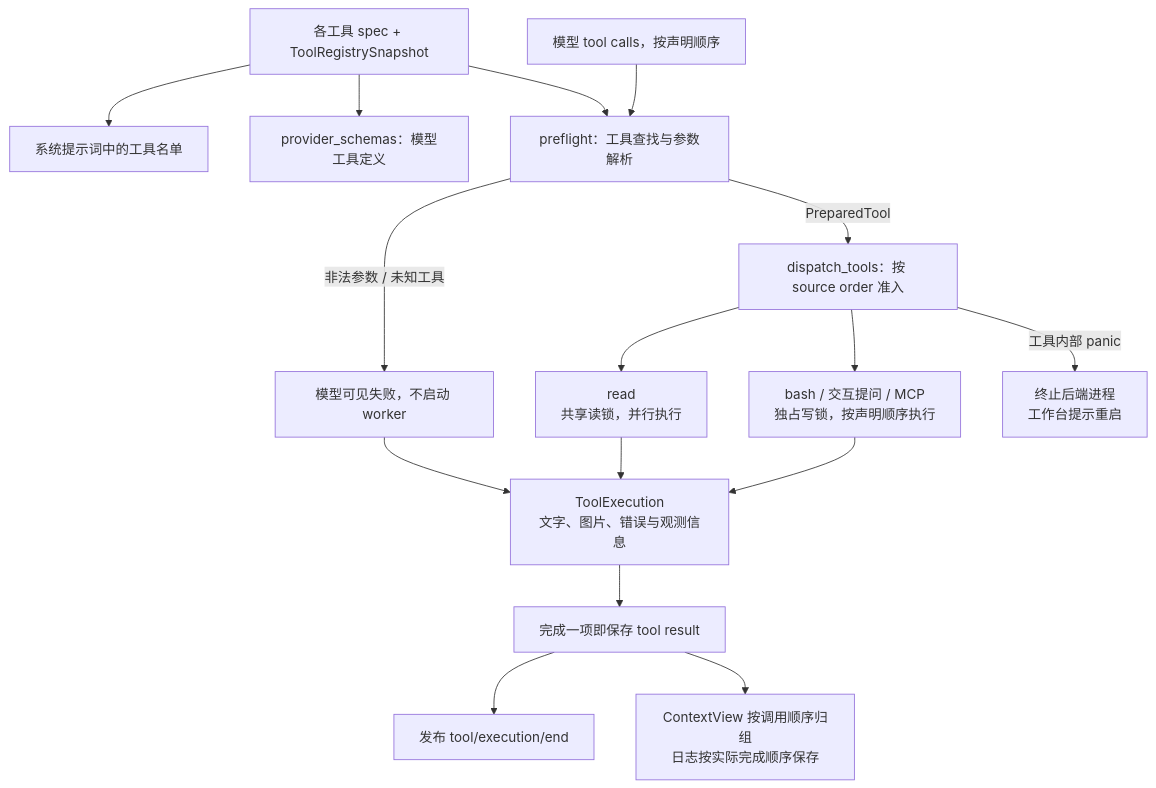
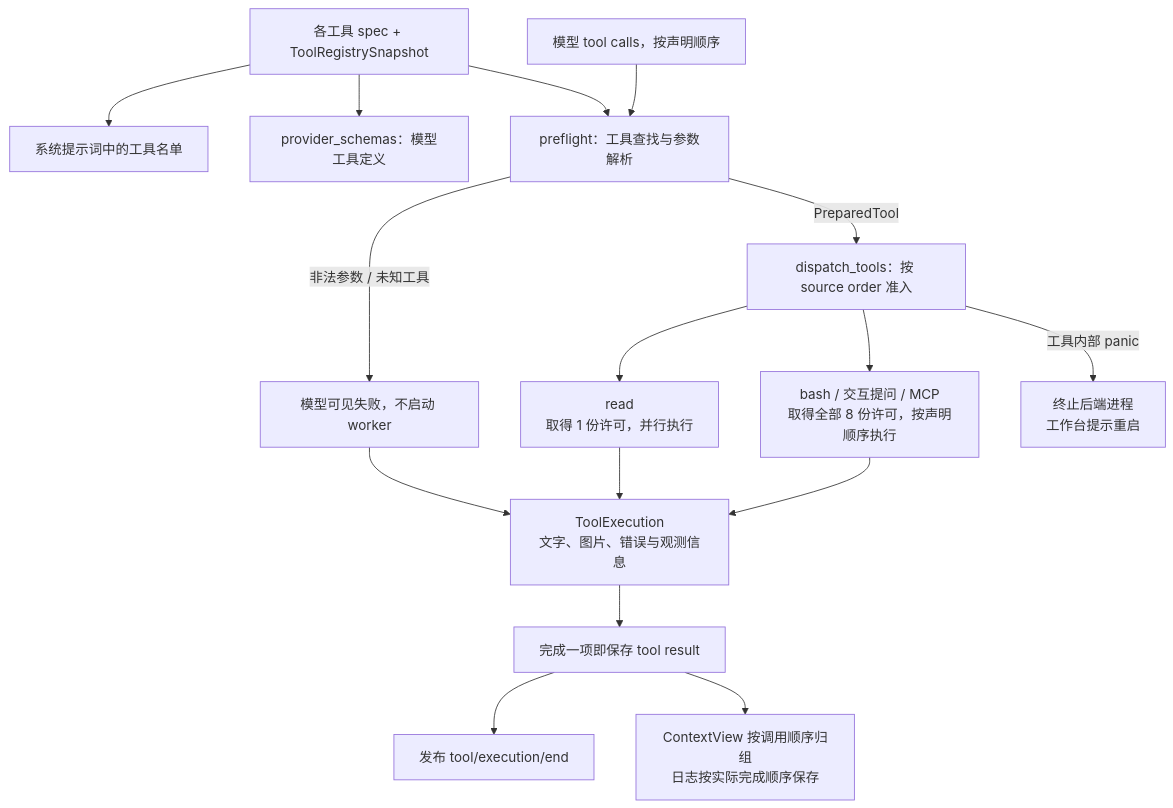
Before and after one commit to qjcnmd/singularity-agent: diagram 24 of 29 in docs/architecture.md, drawn with Mermaid. The commit also changed other lines of this file and 66 other files, not shown here.

````diff
--- a/docs/architecture.md
+++ b/docs/architecture.md
@@ -724,18 +724,18 @@
 ```mermaid
 flowchart TB
     Specs["各工具 spec + ToolRegistrySnapshot"] --> Prompt["系统提示词中的工具名单"]
     Specs --> Schema["provider_schemas：模型工具定义"]
     Calls["模型 tool calls，按声明顺序"] --> Preflight["preflight：工具查找与参数解析"]
     Specs --> Preflight
     Preflight -->|"非法参数 / 未知工具"| Rejected["模型可见失败，不启动 worker"]
     Preflight -->|"PreparedTool"| Dispatch["dispatch_tools：按 source order 准入"]
-    Dispatch --> ReadOnly["read<br/>共享读锁，并行执行"]
-    Dispatch --> Barrier["bash / 交互提问 / MCP<br/>独占写锁，按声明顺序执行"]
+    Dispatch --> ReadOnly["read<br/>取得 1 份许可，并行执行"]
+    Dispatch --> Barrier["bash / 交互提问 / MCP<br/>取得全部 8 份许可，按声明顺序执行"]
     Dispatch -->|"工具内部 panic"| HostFatal["终止后端进程<br/>工作台提示重启"]
     ReadOnly --> Result["ToolExecution<br/>文字、图片、错误与观测信息"]
     Barrier --> Result
     Rejected --> Result
     Result --> Persist["完成一项即保存 tool result"]
     Persist --> Event["发布 tool/execution/end"]
     Persist --> ModelOrder["ContextView 按调用顺序归组<br/>日志按实际完成顺序保存"]
 ```
````
